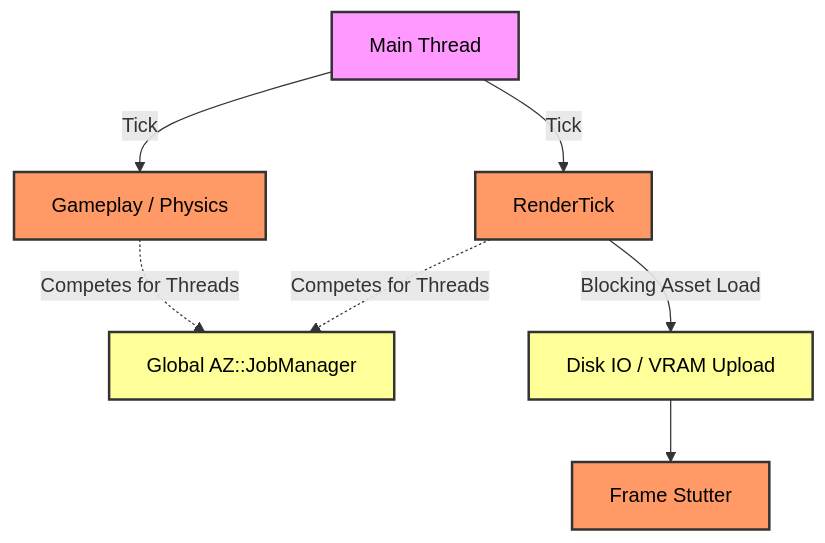
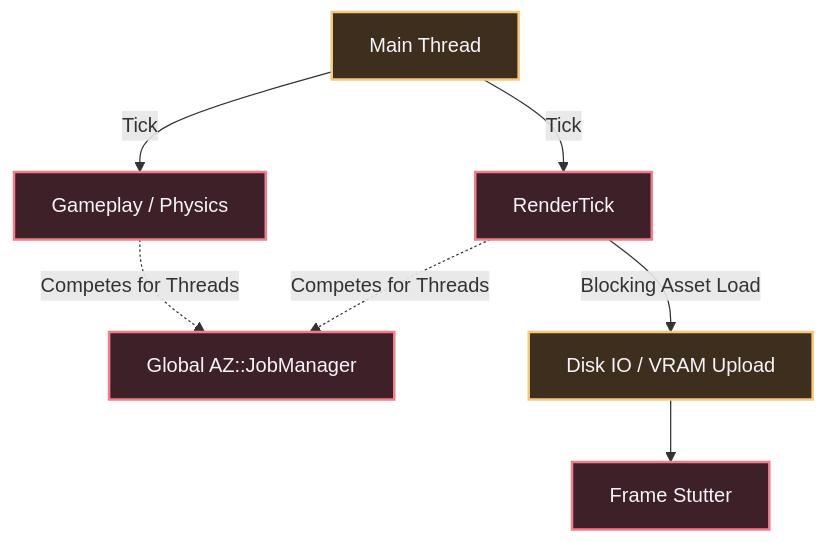
The first of 2 diagrams in content/Engine shit/O3DE/Atomic/6 Asynchronous Asset Streaming & Multithreaded Rendering.md (Astin-A/the-workshop), drawn with Mermaid before and after one commit. The commit also changed other lines of this file and 24 other files, not shown here.

````diff
--- a/content/Engine shit/O3DE/Atomic/6 Asynchronous Asset Streaming & Multithreaded Rendering.md
+++ b/content/Engine shit/O3DE/Atomic/6 Asynchronous Asset Streaming & Multithreaded Rendering.md
@@ -13,16 +13,18 @@
 ```mermaid
 graph TD
     A[Main Thread] -->|Tick| B[Gameplay / Physics]
     A -->|Tick| C[RenderTick]
     B -.->|Competes for Threads| D[Global AZ::JobManager]
     C -.->|Competes for Threads| D
     C -->|Blocking Asset Load| E[Disk IO / VRAM Upload]
     E --> F[Frame Stutter]
 
-    style A fill:#f9f,stroke:#333,stroke-width:2px,color:#000
-    style B fill:#f96,stroke:#333,stroke-width:2px,color:#000
-    style C fill:#f96,stroke:#333,stroke-width:2px,color:#000
-    style D fill:#ff9,stroke:#333,stroke-width:2px,color:#000
-    style E fill:#ff9,stroke:#333,stroke-width:2px,color:#000
-    style F fill:#f96,stroke:#333,stroke-width:2px,color:#000
+    classDef warning fill:#3e2e1e,stroke:#f7c87a,stroke-width:2px,color:#f5f5fa;
+    classDef danger fill:#3e2028,stroke:#f77a8a,stroke-width:2px,color:#f5f5fa;
+
+    class A warning;
+    class B,C danger;
+    class D danger;
+    class E warning;
+    class F danger;
 ```
````
